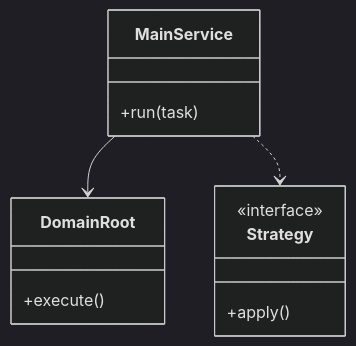
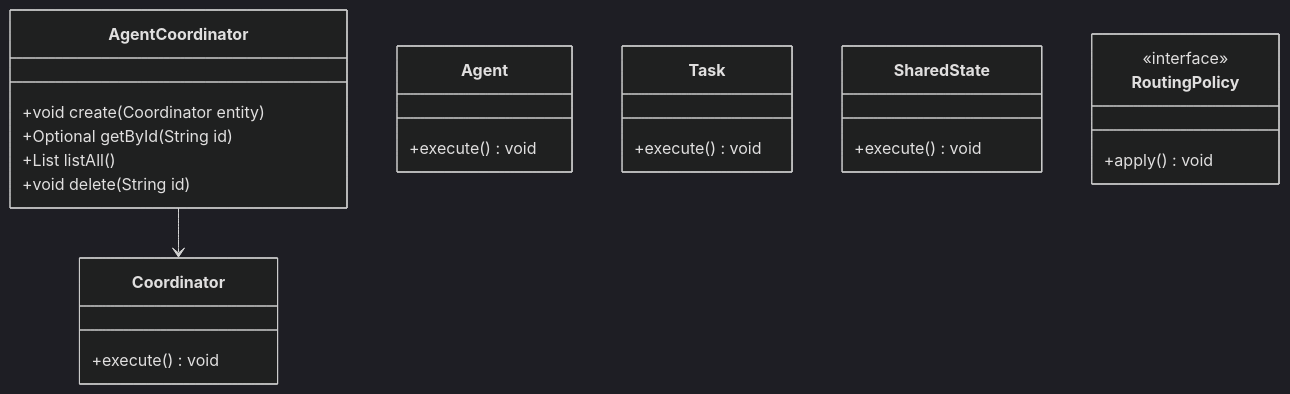
The first of 3 diagrams in Learn/System Design - Low Level Design/05-genai-llm-lld/questions/Q10-multi-agent-coordinator.md (madhupaila/Interview-Prep-SSE), drawn with Mermaid (dark theme) before and after one commit. The commit also changed other lines of this file and 491 other files, not shown here.

````diff
--- a/Learn/System Design - Low Level Design/05-genai-llm-lld/questions/Q10-multi-agent-coordinator.md
+++ b/Learn/System Design - Low Level Design/05-genai-llm-lld/questions/Q10-multi-agent-coordinator.md
@@ -74,15 +94,26 @@
 ```mermaid
 classDiagram
-    class MainService {
-        +run(task)
+    class AgentCoordinator {
+        +void create(Coordinator entity)
+        +Optional<Coordinator> getById(String id)
+        +List<Coordinator> listAll()
+        +void delete(String id)
     }
-    class DomainRoot {
-        +execute()
+    class Coordinator {
+        +execute() void
     }
-    class Strategy {
+    class Agent {
+        +execute() void
+    }
+    class Task {
+        +execute() void
+    }
+    class SharedState {
+        +execute() void
+    }
+    class RoutingPolicy {
         <<interface>>
-        +apply()
+        +apply() void
     }
-    MainService --> DomainRoot
-    MainService ..> Strategy
+    AgentCoordinator --> Coordinator
 ```
````
